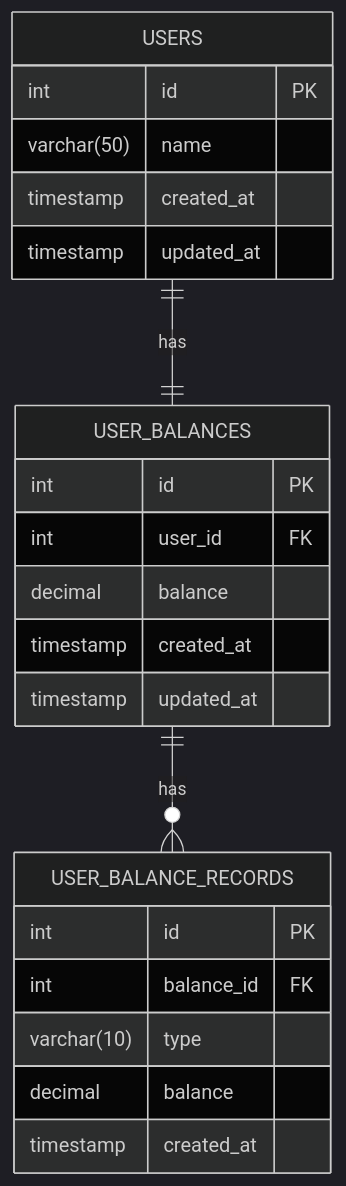
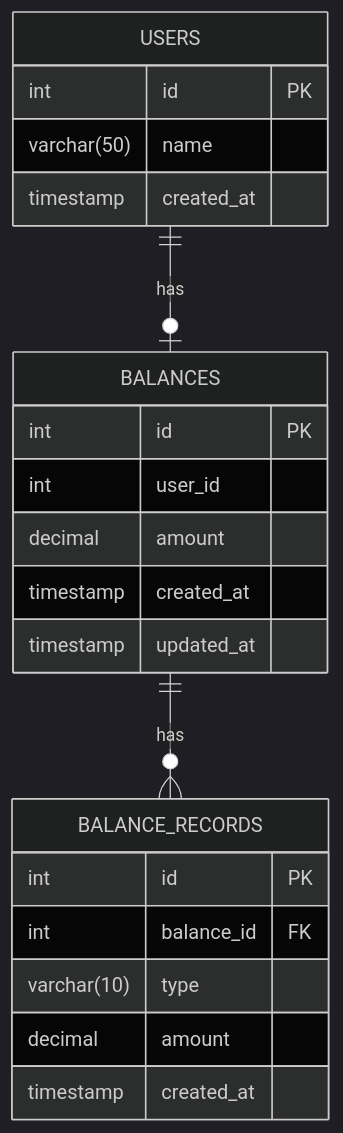
Before and after one commit to alert-kim/e-commerce: the third of 3 diagrams in docs/specs/charge.md, drawn with Mermaid (dark theme). The commit also changed other lines of this file and 14 other files, not shown here.

````diff
--- a/docs/specs/charge.md
+++ b/docs/specs/charge.md
@@ -49,25 +50,24 @@
 ```mermaid
 erDiagram
     USERS {
         int id PK
         varchar(50) name
         timestamp created_at
-        timestamp updated_at
     }
-    USER_BALANCES {
+    BALANCES {
         int id PK
-        int user_id FK
-        decimal balance
+        int user_id
+        decimal amount
         timestamp created_at
         timestamp updated_at
     }
-    USER_BALANCE_RECORDS {
+    BALANCE_RECORDS {
         int id PK
         int balance_id FK
         varchar(10) type
-        decimal balance
+        decimal amount
         timestamp created_at
     }
-    USERS one to one USER_BALANCES: has
-    USER_BALANCES one to many USER_BALANCE_RECORDS: has
+    USERS one to one or zero BALANCES: has
+    BALANCES one to many BALANCE_RECORDS: has
 ```
````
